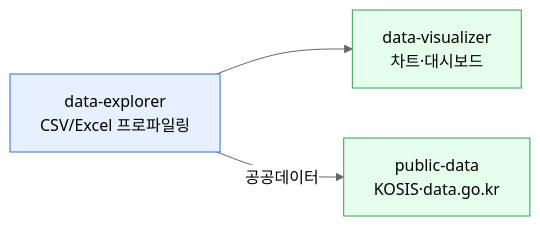
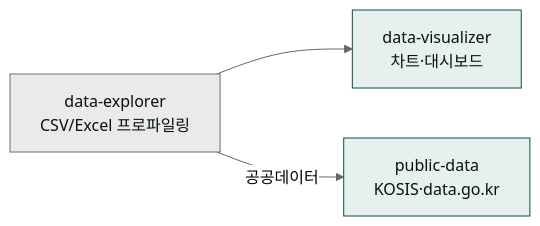
One commit to modu-ai/claude changed the diagram in content/plugins/moai-data.md. Above: the diagram before and after it, drawn with Mermaid (neutral theme). The commit also changed 97 other files, not shown here.

First line of the commit message:
style(docs-site): mermaid 색상 브랜드 정합 + 라이트 테마 단일화

````diff
--- a/content/plugins/moai-data.md
+++ b/content/plugins/moai-data.md
@@ -13,8 +13,8 @@
 ```mermaid
 flowchart LR
     A["data-explorer<br/>CSV/Excel 프로파일링"] --> B["data-visualizer<br/>차트·대시보드"]
     A -- "공공데이터" --> C["public-data<br/>KOSIS·data.go.kr"]
-    style A fill:#e6f0ff,stroke:#3070d0
-    style B fill:#e6ffec,stroke:#30a050
-    style C fill:#e6ffec,stroke:#30a050
+    style A fill:#eaeaea,stroke:#6e6e6e,color:#09110f
+    style B fill:#e6f0ef,stroke:#144a46,color:#09110f
+    style C fill:#e6f0ef,stroke:#144a46,color:#09110f
 ```
````
